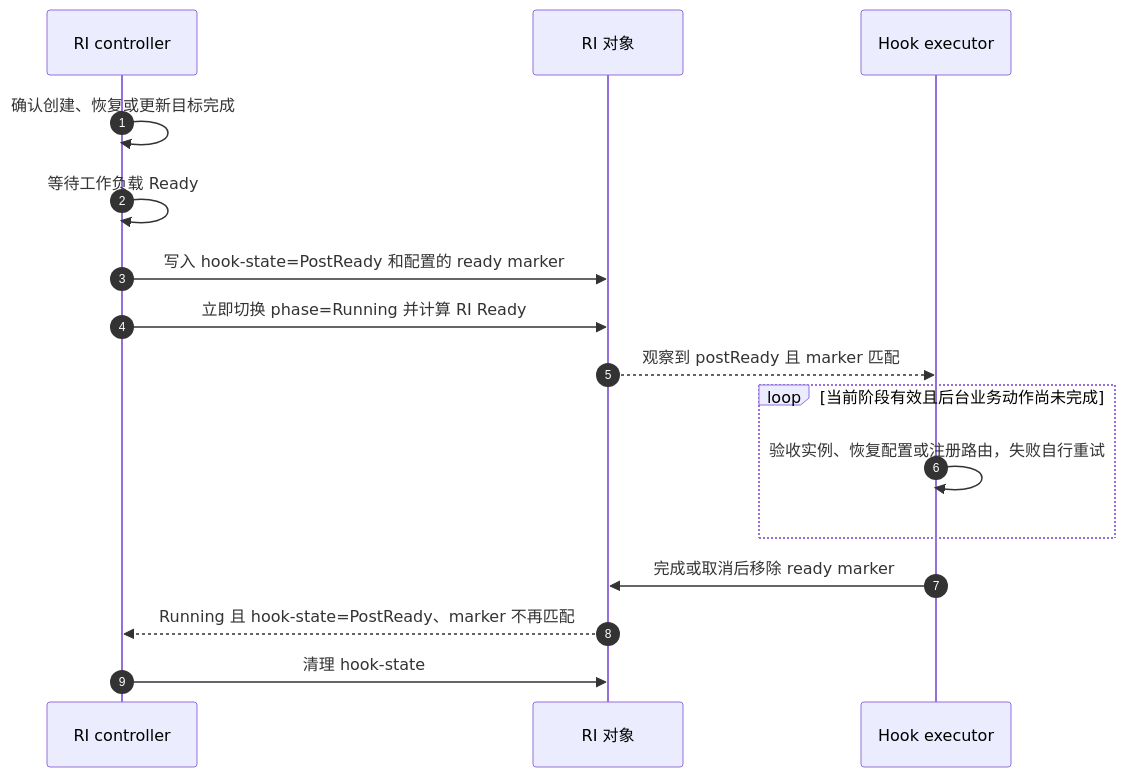
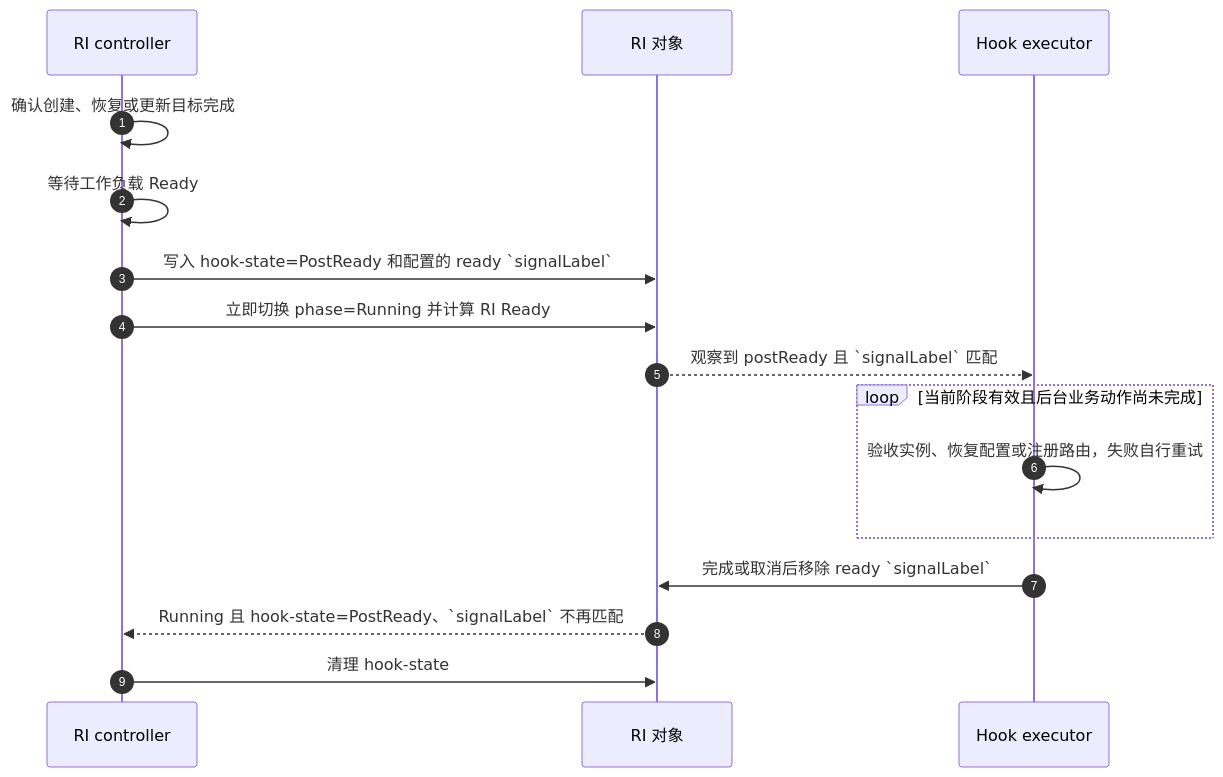
The third of 4 diagrams in keps/527-roleinstance-lifecycle/README.zh-CN.md (sgl-project/rbg), drawn with Mermaid before and after one commit. The commit also changed other lines of this file and 1 other file, not shown here.

Commit message:
docs: rename marker to signalLabel in KEP-527

````diff
--- a/keps/527-roleinstance-lifecycle/README.zh-CN.md
+++ b/keps/527-roleinstance-lifecycle/README.zh-CN.md
@@ -498,18 +501,18 @@
 ```mermaid
 sequenceDiagram
     autonumber
     participant C as RI controller
     participant R as RI 对象
     participant E as Hook executor
     C->>C: 确认创建、恢复或更新目标完成
     C->>C: 等待工作负载 Ready
-    C->>R: 写入 hook-state=PostReady 和配置的 ready marker
+    C->>R: 写入 hook-state=PostReady 和配置的 ready `signalLabel`
     C->>R: 立即切换 phase=Running 并计算 RI Ready
-    R-->>E: 观察到 postReady 且 marker 匹配
+    R-->>E: 观察到 postReady 且 `signalLabel` 匹配
     loop 当前阶段有效且后台业务动作尚未完成
         E->>E: 验收实例、恢复配置或注册路由，失败自行重试
     end
-    E->>R: 完成或取消后移除 ready marker
-    R-->>C: Running 且 hook-state=PostReady、marker 不再匹配
+    E->>R: 完成或取消后移除 ready `signalLabel`
+    R-->>C: Running 且 hook-state=PostReady、`signalLabel` 不再匹配
     C->>R: 清理 hook-state
 ```
````
